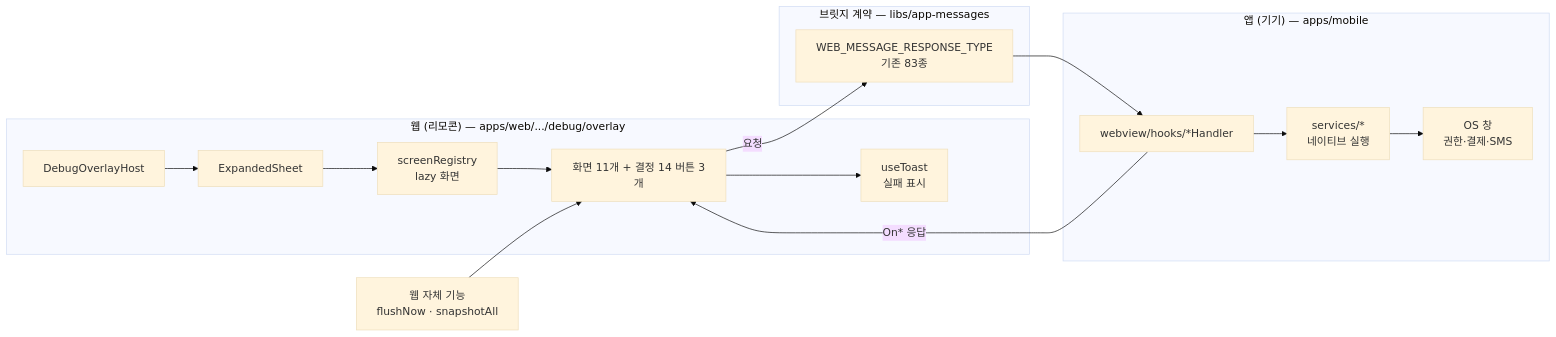
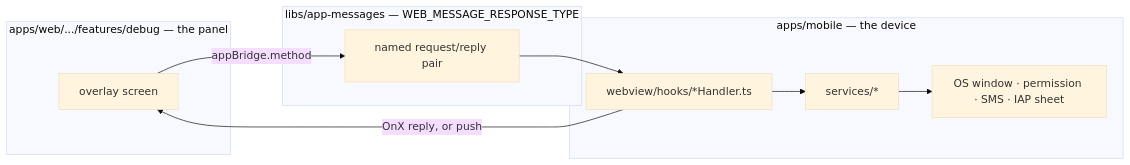
The diagram in apps/web/docs/architecture/debug-panel.md (lemoncloud-io/dou-app), drawn with Mermaid (base theme) before and after one commit. The commit also changed other lines of this file, not shown here.

First line of the commit message:
docs(web): rewrite the debug panel architecture doc in english

````diff
--- a/apps/web/docs/architecture/debug-panel.md
+++ b/apps/web/docs/architecture/debug-panel.md
@@ -105,19 +31,16 @@
 ```mermaid
 flowchart LR
-    subgraph WEB["웹 (리모콘) — apps/web/.../debug/overlay"]
-        HOST["DebugOverlayHost"] --> SHEET["ExpandedSheet"]
-        SHEET --> REG["screenRegistry<br/>lazy 화면"]
-        REG --> SCR["화면 11개 + 결정 14 버튼 3개"]
-        SCR --> TOAST["useToast<br/>실패 표시"]
+    subgraph WEB["apps/web/.../features/debug — the panel"]
+        SCR["overlay screen"]
     end
-    subgraph BRIDGE["브릿지 계약 — libs/app-messages"]
-        REQ["WEB_MESSAGE_RESPONSE_TYPE<br/>기존 83종"]
+    subgraph CONTRACT["libs/app-messages — WEB_MESSAGE_RESPONSE_TYPE"]
+        REQ["named request/reply pair"]
     end
-    subgraph APP["앱 (기기) — apps/mobile"]
-        H["webview/hooks/*Handler"] --> SVC["services/*<br/>네이티브 실행"]
-        SVC --> OS["OS 창<br/>권한·결제·SMS"]
+    subgraph MOBILE["apps/mobile — the device"]
+        H["webview/hooks/*Handler.ts"] --> SVC["services/*"]
+        SVC --> OS["OS window · permission · SMS · IAP sheet"]
     end
-    SCR -->|요청| REQ --> H
-    H -->|"On* 응답"| SCR
-    LOCAL["웹 자체 기능<br/>flushNow · snapshotAll"] --> SCR
+
+    SCR -->|appBridge.method| REQ --> H
+    H -->|OnX reply, or push| SCR
 ```
````
